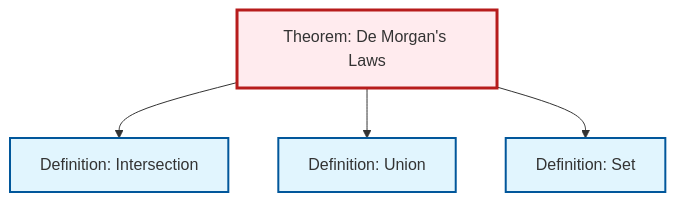
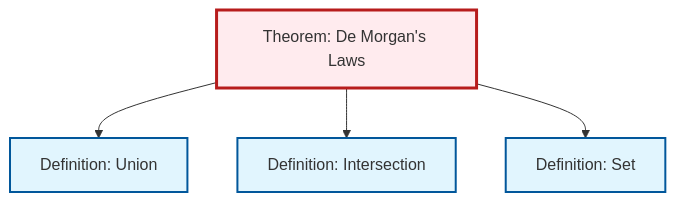
One commit to RK0429/ModernMath changed the diagram in content/en/logic-set-theory/thm-de-morgan.qmd. Above: the diagram before and after it, drawn with Mermaid. The commit also changed other lines of this file and 1069 other files, not shown here.

````diff
--- a/content/en/logic-set-theory/thm-de-morgan.qmd
+++ b/content/en/logic-set-theory/thm-de-morgan.qmd
@@ -78,20 +78,20 @@
 ```{mermaid}
 %%| fig-cap: "Local dependency graph"
 graph TD
     classDef definition fill:#e1f5fe,stroke:#01579b,stroke-width:2px
     classDef theorem fill:#f3e5f5,stroke:#4a148c,stroke-width:2px
     classDef axiom fill:#fff3e0,stroke:#e65100,stroke-width:2px
     classDef example fill:#e8f5e9,stroke:#1b5e20,stroke-width:2px
     classDef current fill:#ffebee,stroke:#b71c1c,stroke-width:3px
+    def-union["Definition: Union"]:::definition
+    def-intersection["Definition: Intersection"]:::definition
+    thm-de-morgan["Theorem: De Morgan's Laws"]:::theorem
     def-set["Definition: Set"]:::definition
-    def-intersection["Definition: Intersection"]:::definition
-    def-union["Definition: Union"]:::definition
-    thm-de-morgan["Theorem: De Morgan's Laws"]:::theorem
+    thm-de-morgan --> def-union
     thm-de-morgan --> def-intersection
-    thm-de-morgan --> def-union
     thm-de-morgan --> def-set
     class thm-de-morgan current
+    click def-union "def-union.html" "Go to Union definition"
+    click def-intersection "def-intersection.html" "Go to Intersection definition"
     click def-set "def-set.html" "Go to Set definition"
-    click def-intersection "def-intersection.html" "Go to Intersection definition"
-    click def-union "def-union.html" "Go to Union definition"
 ```
````
